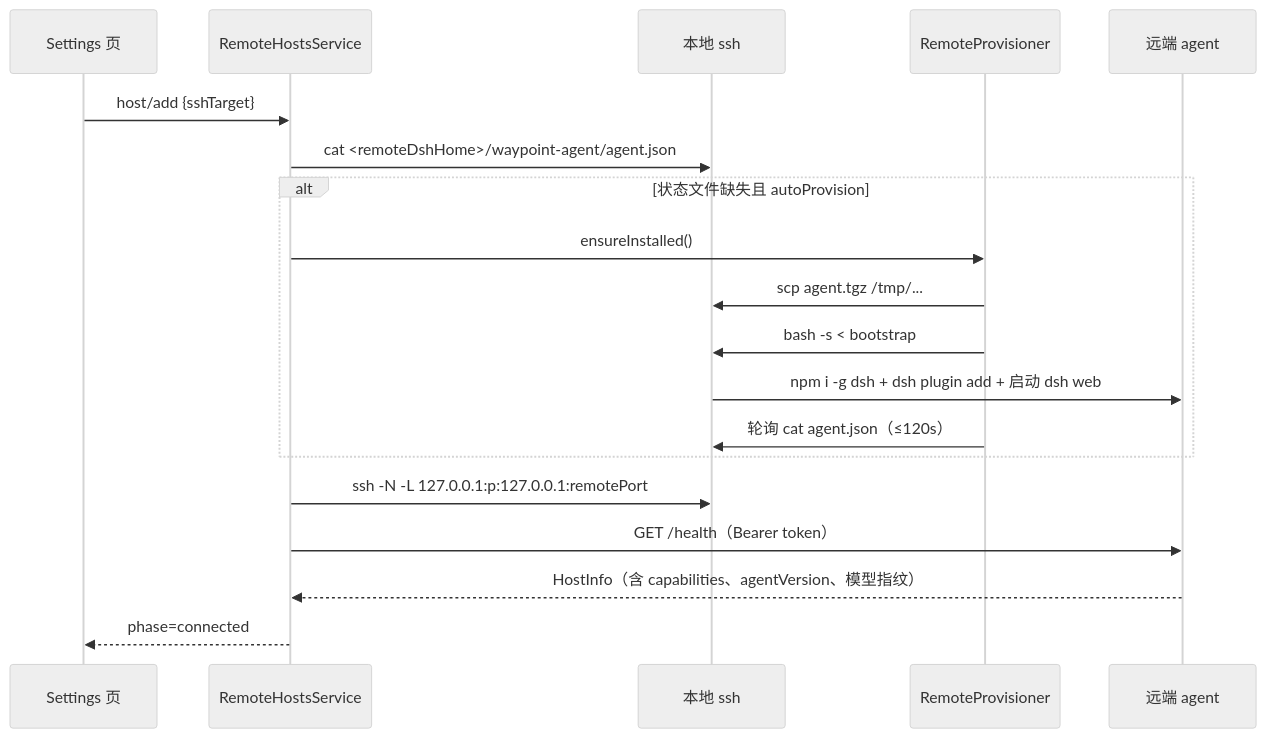
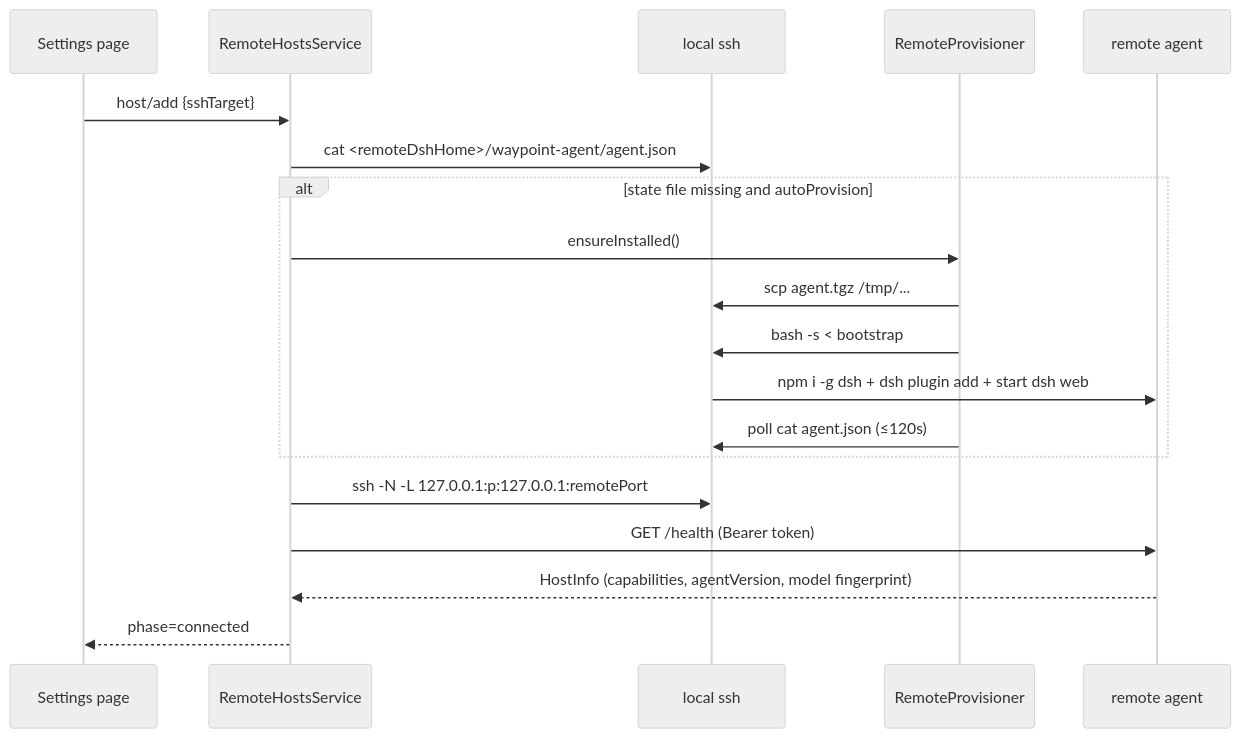
The diagram in docs/remote-workspace-mechanism.md (wooyang2018/dsh-waypoint), drawn with Mermaid (neutral theme) before and after one commit. The commit also changed other lines of this file and 3 other files, not shown here.

````diff
--- a/docs/remote-workspace-mechanism.md
+++ b/docs/remote-workspace-mechanism.md
@@ -55,21 +63,21 @@
 ```mermaid
 sequenceDiagram
-    participant UI as Settings 页
+    participant UI as Settings page
     participant S as RemoteHostsService
-    participant SSH as 本地 ssh
+    participant SSH as local ssh
     participant P as RemoteProvisioner
-    participant A as 远端 agent
+    participant A as remote agent
     UI->>S: host/add {sshTarget}
     S->>SSH: cat <remoteDshHome>/waypoint-agent/agent.json
-    alt 状态文件缺失且 autoProvision
+    alt state file missing and autoProvision
         S->>P: ensureInstalled()
         P->>SSH: scp agent.tgz /tmp/...
         P->>SSH: bash -s < bootstrap
-        SSH->>A: npm i -g dsh + dsh plugin add + 启动 dsh web
-        P->>SSH: 轮询 cat agent.json（≤120s）
+        SSH->>A: npm i -g dsh + dsh plugin add + start dsh web
+        P->>SSH: poll cat agent.json (≤120s)
     end
     S->>SSH: ssh -N -L 127.0.0.1:p:127.0.0.1:remotePort
-    S->>A: GET /health（Bearer token）
-    A-->>S: HostInfo（含 capabilities、agentVersion、模型指纹）
+    S->>A: GET /health (Bearer token)
+    A-->>S: HostInfo (capabilities, agentVersion, model fingerprint)
     S-->>UI: phase=connected
 ```
````
